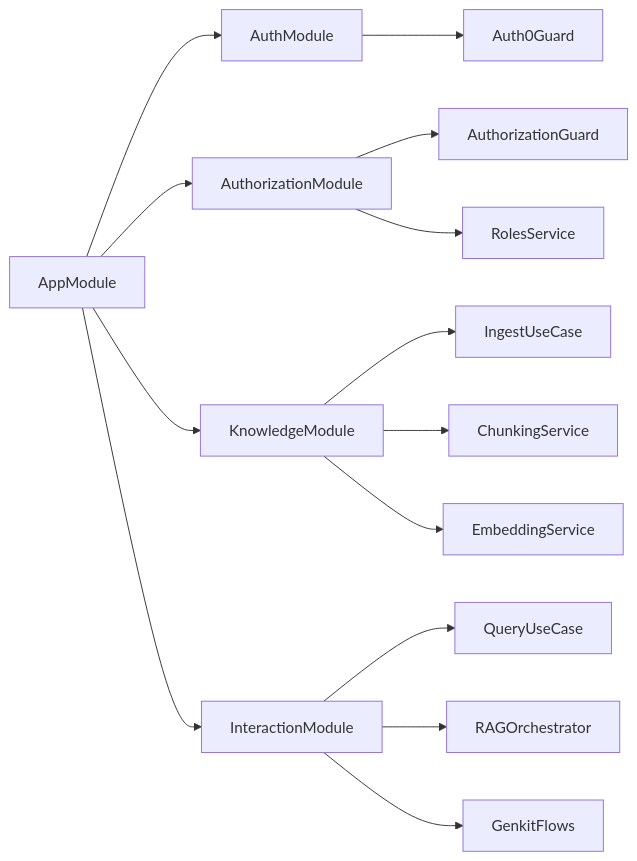
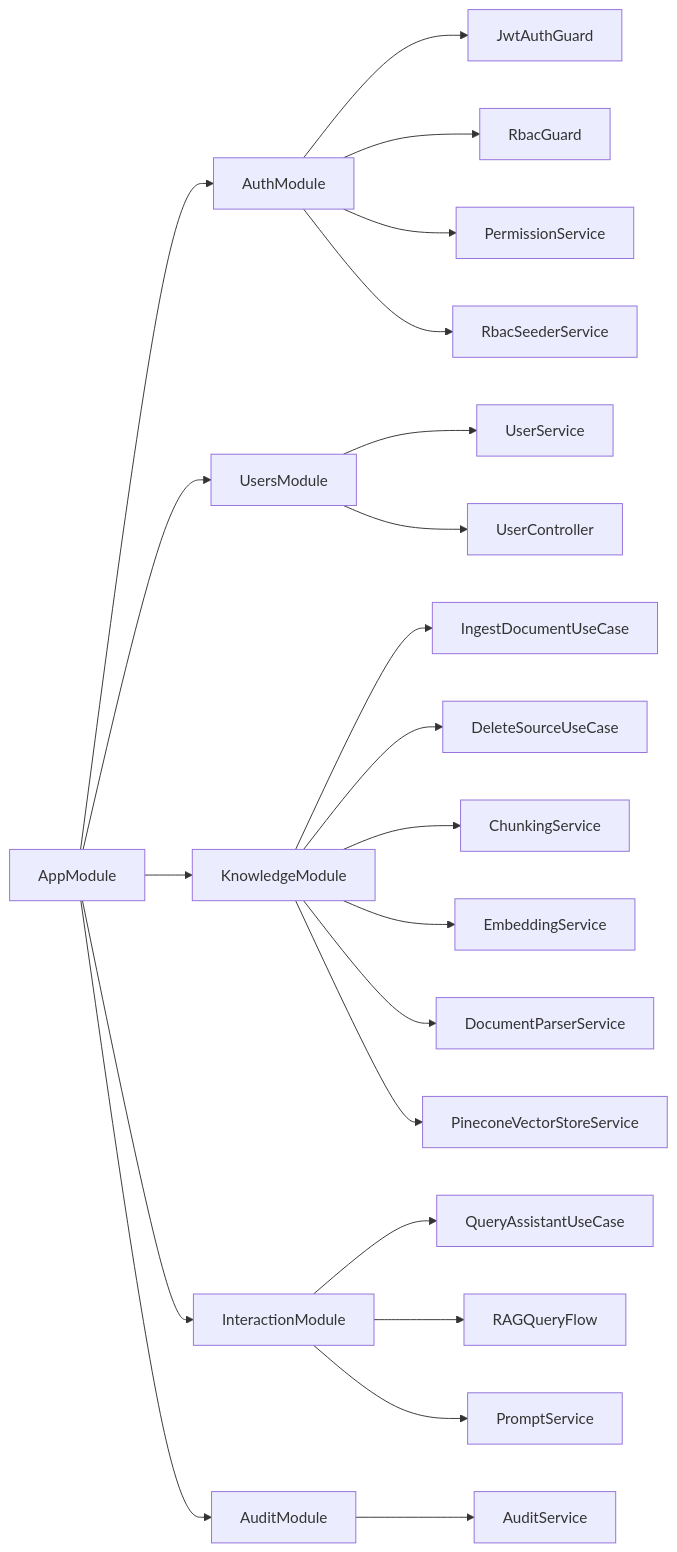
The second of 2 diagrams in documentation/005-technical-architecture.md (gromeroalfonso/context.ai), drawn with Mermaid before and after one commit. The commit also changed other lines of this file and 23 other files, not shown here.

````diff
--- a/documentation/005-technical-architecture.md
+++ b/documentation/005-technical-architecture.md
@@ -466,19 +590,29 @@
 ```mermaid
 graph LR
     AppModule --> AuthModule
-    AppModule --> AuthorizationModule
+    AppModule --> UsersModule
     AppModule --> KnowledgeModule
     AppModule --> InteractionModule
+    AppModule --> AuditModule
     
-    AuthModule --> Auth0Guard
-    AuthorizationModule --> AuthorizationGuard
-    AuthorizationModule --> RolesService
+    AuthModule --> JwtAuthGuard
+    AuthModule --> RbacGuard
+    AuthModule --> PermissionService
+    AuthModule --> RbacSeederService
     
-    KnowledgeModule --> IngestUseCase
+    UsersModule --> UserService
+    UsersModule --> UserController
+    
+    KnowledgeModule --> IngestDocumentUseCase
+    KnowledgeModule --> DeleteSourceUseCase
     KnowledgeModule --> ChunkingService
     KnowledgeModule --> EmbeddingService
+    KnowledgeModule --> DocumentParserService
+    KnowledgeModule --> PineconeVectorStoreService
     
-    InteractionModule --> QueryUseCase
-    InteractionModule --> RAGOrchestrator
-    InteractionModule --> GenkitFlows
+    InteractionModule --> QueryAssistantUseCase
+    InteractionModule --> RAGQueryFlow
+    InteractionModule --> PromptService
+    
+    AuditModule --> AuditService
 ```
````
